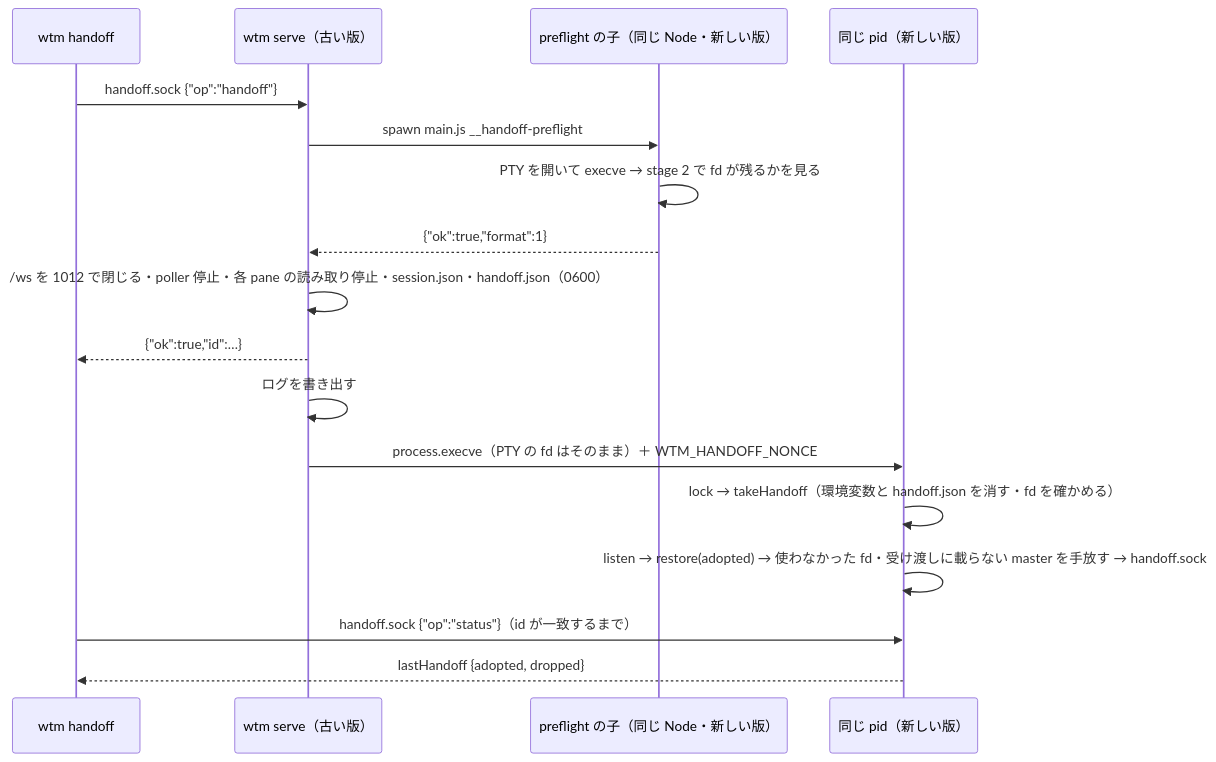
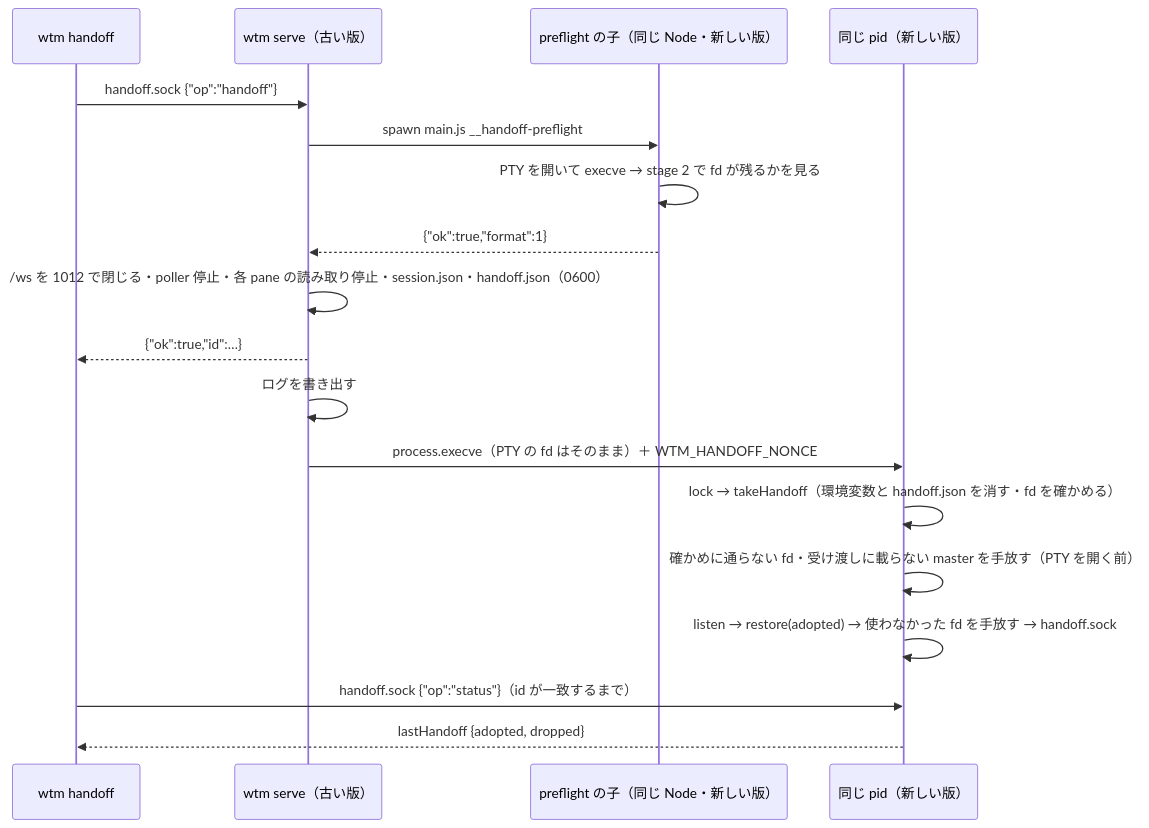
Before and after one commit to asaomaro/sodashitsu: the diagram in .aidev/works/20260926-live-handoff/walkthrough.md, drawn with Mermaid. The commit also changed 8 other files, not shown here.

````diff
--- a/.aidev/works/20260926-live-handoff/walkthrough.md
+++ b/.aidev/works/20260926-live-handoff/walkthrough.md
@@ -25,19 +25,20 @@
 ```mermaid
 sequenceDiagram
   participant CLI as wtm handoff
   participant Old as wtm serve（古い版）
   participant PF as preflight の子（同じ Node・新しい版）
   participant New as 同じ pid（新しい版）
   CLI->>Old: handoff.sock {"op":"handoff"}
   Old->>PF: spawn main.js __handoff-preflight
   PF->>PF: PTY を開いて execve → stage 2 で fd が残るかを見る
   PF-->>Old: {"ok":true,"format":1}
   Old->>Old: /ws を 1012 で閉じる・poller 停止・各 pane の読み取り停止・session.json・handoff.json（0600）
   Old-->>CLI: {"ok":true,"id":…}
   Old->>Old: ログを書き出す
   Old->>New: process.execve（PTY の fd はそのまま）＋ WTM_HANDOFF_NONCE
   New->>New: lock → takeHandoff（環境変数と handoff.json を消す・fd を確かめる）
-  New->>New: listen → restore(adopted) → 使わなかった fd・受け渡しに載らない master を手放す → handoff.sock
+  New->>New: 確かめに通らない fd・受け渡しに載らない master を手放す（PTY を開く前）
+  New->>New: listen → restore(adopted) → 使わなかった fd を手放す → handoff.sock
   CLI->>New: handoff.sock {"op":"status"}（id が一致するまで）
   New-->>CLI: lastHandoff {adopted, dropped}
 ```
````
